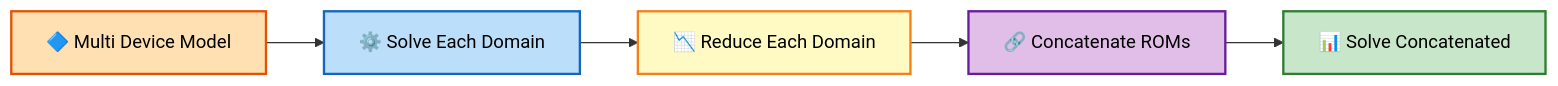
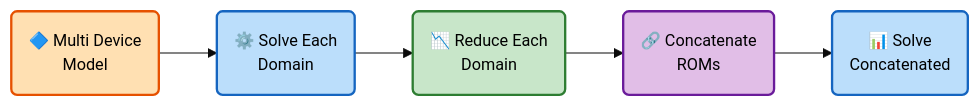
The fourth of 6 diagrams in docs/architecture.md (Dark-Elektron/cavsim3d), drawn with Mermaid before and after one commit. The commit also changed other lines of this file and 32 other files, not shown here.

````diff
--- a/docs/architecture.md
+++ b/docs/architecture.md
@@ -43,9 +42,9 @@
 ```mermaid
+%%{init: {'theme': 'base', 'themeVariables': {'fontSize': '14px'}}}%%
 graph LR
-    A4["🔷 Multi Device Model"]:::input --> B4["⚙️ Solve Each Domain"]:::process --> C4["📉 Reduce Each Domain"]:::reduce --> D4["🔗 Concatenate ROMs"]:::concat --> E4["📊 Solve Concatenated"]:::output
+    A4("🔷 Multi Device<br/>Model"):::input --> B4("⚙️ Solve Each<br/>Domain"):::process --> C4("📉 Reduce Each<br/>Domain"):::output --> D4("🔗 Concatenate<br/>ROMs"):::concat --> E4("📊 Solve<br/>Concatenated"):::process
     classDef input fill:#ffe0b2,stroke:#e65100,stroke-width:2px,color:#000
     classDef process fill:#bbdefb,stroke:#1565c0,stroke-width:2px,color:#000
-    classDef reduce fill:#fff9c4,stroke:#f57f17,stroke-width:2px,color:#000
+    classDef output fill:#c8e6c9,stroke:#2e7d32,stroke-width:2px,color:#000
     classDef concat fill:#e1bee7,stroke:#6a1b9a,stroke-width:2px,color:#000
-    classDef output fill:#c8e6c9,stroke:#2e7d32,stroke-width:2px,color:#000
 ```
````
